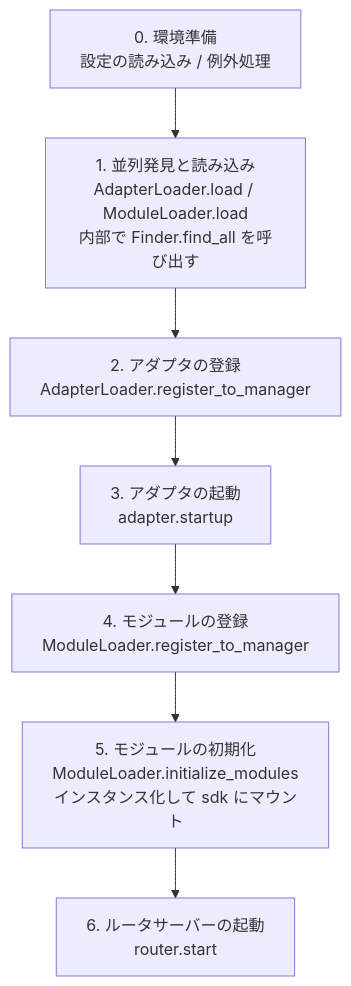
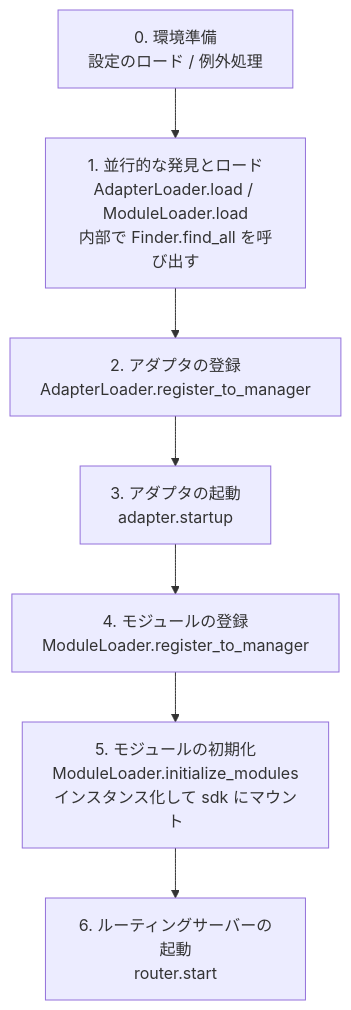
The diagram in docs/ja/advanced/startup.md (ErisPulse/ErisPulse), drawn with Mermaid before and after one commit. The commit also changed other lines of this file and 143 other files, not shown here.

````diff
--- a/docs/ja/advanced/startup.md
+++ b/docs/ja/advanced/startup.md
@@ -27,10 +27,10 @@
 ```mermaid
 flowchart TD
-    A[0. 環境準備<br/>設定の読み込み / 例外処理] --> B
-    B[1. 並列発見と読み込み<br/>AdapterLoader.load / ModuleLoader.load<br/>内部で Finder.find_all を呼び出す] --> C
+    A[0. 環境準備<br/>設定のロード / 例外処理] --> B
+    B[1. 並行的な発見とロード<br/>AdapterLoader.load / ModuleLoader.load<br/>内部で Finder.find_all を呼び出す] --> C
     C[2. アダプタの登録<br/>AdapterLoader.register_to_manager] --> D
     D[3. アダプタの起動<br/>adapter.startup] --> E
     E[4. モジュールの登録<br/>ModuleLoader.register_to_manager] --> F
     F[5. モジュールの初期化<br/>ModuleLoader.initialize_modules<br/>インスタンス化して sdk にマウント] --> G
-    G[6. ルータサーバーの起動<br/>router.start]
+    G[6. ルーティングサーバーの起動<br/>router.start]
 ```
````
